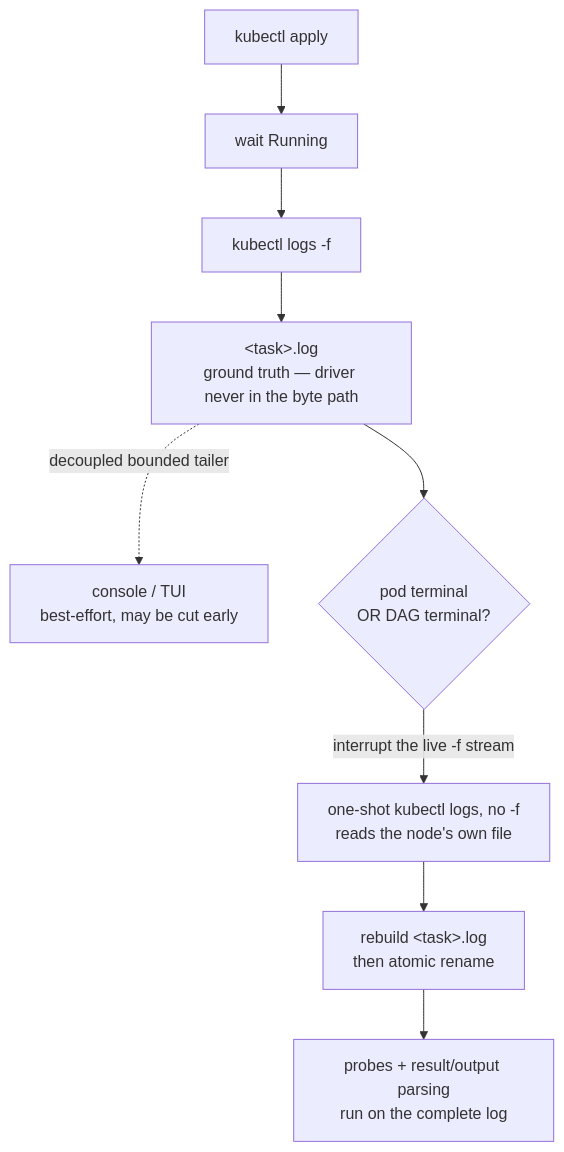
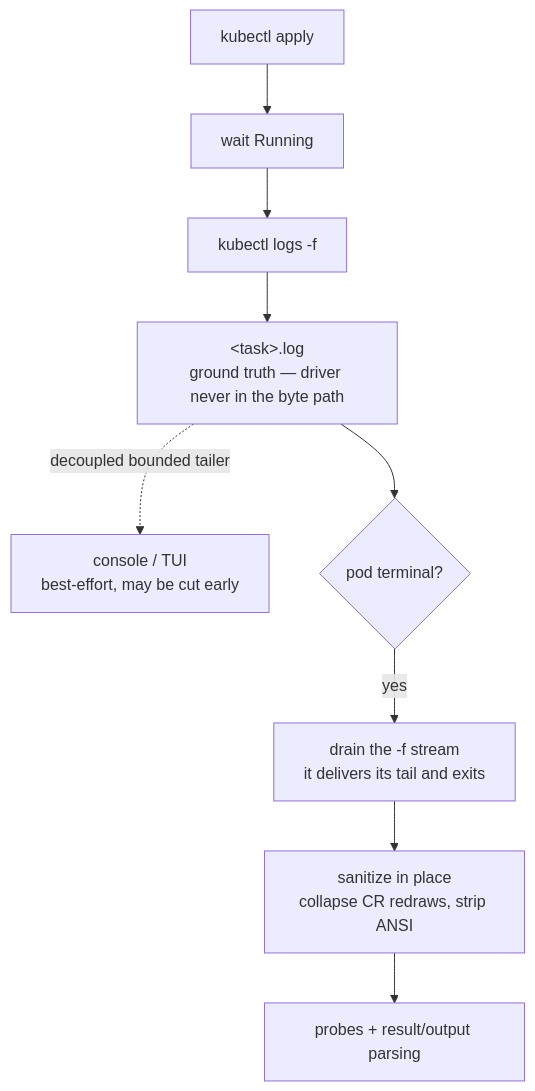
Before and after one commit to NVIDIA/nv-sflow: the diagram in docs/user/outputs.md, drawn with Mermaid. The commit also changed other lines of this file and 211 other files, not shown here.

````diff
--- a/docs/user/outputs.md
+++ b/docs/user/outputs.md
@@ -30,9 +30,9 @@
 ```mermaid
 flowchart TD
   A["kubectl apply"] --> B["wait Running"] --> C["kubectl logs -f"] --> L["&lt;task&gt;.log<br/>ground truth — driver never in the byte path"]
   L -.->|decoupled bounded tailer| CON["console / TUI<br/>best-effort, may be cut early"]
-  L --> T{"pod terminal<br/>OR DAG terminal?"}
-  T -->|interrupt the live -f stream| ONE["one-shot kubectl logs, no -f<br/>reads the node's own file"]
-  ONE --> RB["rebuild &lt;task&gt;.log<br/>then atomic rename"]
-  RB --> PR["probes + result/output parsing<br/>run on the complete log"]
+  L --> T{"pod terminal?"}
+  T -->|yes| D["drain the -f stream<br/>it delivers its tail and exits"]
+  D --> S["sanitize in place<br/>collapse CR redraws, strip ANSI"]
+  S --> PR["probes + result/output parsing"]
 ```
````
